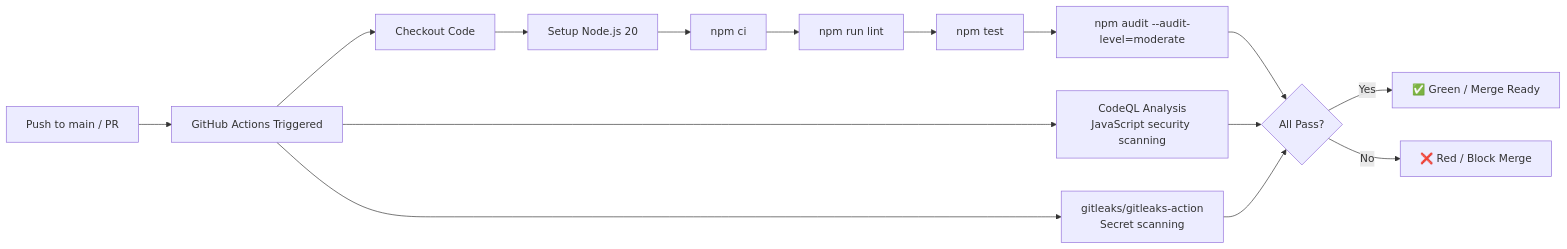
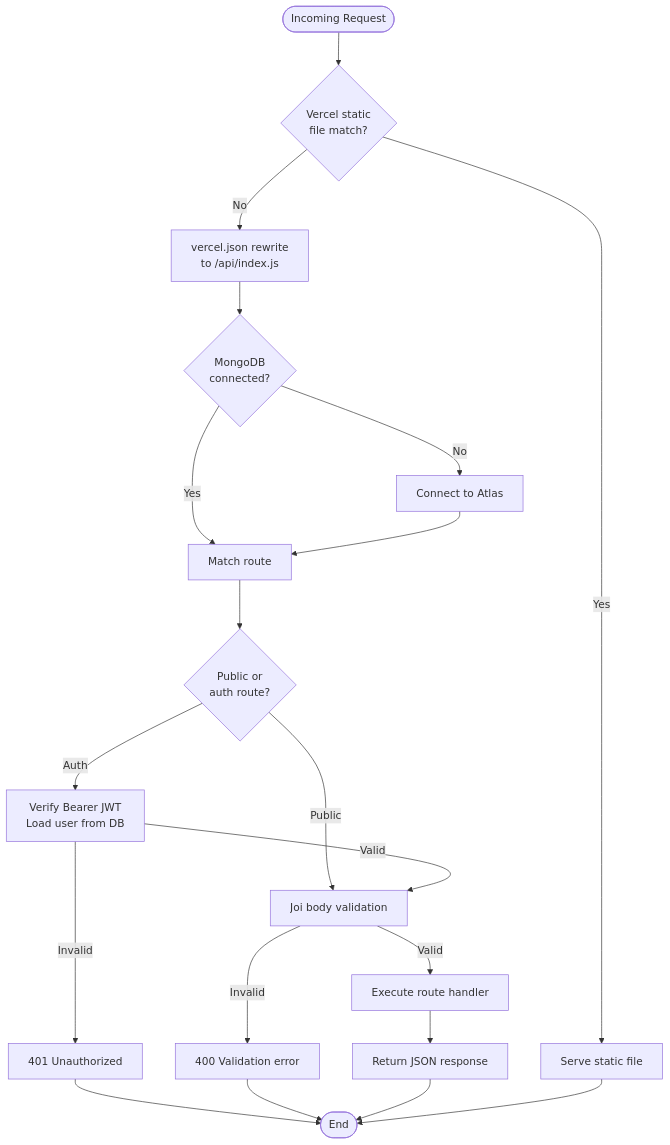
The fourth of 4 diagrams in README.md (Colin-Stark/personal_budget), drawn with Mermaid before and after one commit. The commit also changed other lines of this file, not shown here.

First line of the commit message:
Revise README for Personal Budget API

````diff
--- a/README.md
+++ b/README.md
@@ -756,22 +197,22 @@
 ```mermaid
-graph LR
-    A[Push to main / PR] --> B[GitHub Actions Triggered]
-
-    B --> C[Checkout Code]
-    C --> D[Setup Node.js 20]
-    D --> E[npm ci]
-    E --> F[npm run lint]
-    F --> G[npm test]
-    G --> H[npm audit --audit-level=moderate]
-
-    B --> I[CodeQL Analysis<br/>JavaScript security scanning]
-
-    B --> J[gitleaks/gitleaks-action<br/>Secret scanning]
-
-    H --> K{All Pass?}
-    K -->|Yes| L[✅ Green / Merge Ready]
-    K -->|No| M[❌ Red / Block Merge]
-
-    I --> K
-    J --> K
+flowchart TD
+    Start([Incoming Request]) --> StaticCheck{Vercel static<br/>file match?}
+    StaticCheck -->|Yes| ServeStatic[Serve static file]
+    StaticCheck -->|No| Rewrite[vercel.json rewrite<br/>to /api/index.js]
+    Rewrite --> MongoCheck{MongoDB<br/>connected?}
+    MongoCheck -->|No| ConnectMongo[Connect to Atlas]
+    MongoCheck -->|Yes| RouteMatch[Match route]
+    ConnectMongo --> RouteMatch
+    RouteMatch --> PublicRoute{Public or<br/>auth route?}
+    PublicRoute -->|Public| ValidateBody[Joi body validation]
+    PublicRoute -->|Auth| CheckAuth[Verify Bearer JWT<br/>Load user from DB]
+    CheckAuth -->|Invalid| Return401[401 Unauthorized]
+    CheckAuth -->|Valid| ValidateBody
+    ValidateBody -->|Invalid| Return400[400 Validation error]
+    ValidateBody -->|Valid| ExecuteHandler[Execute route handler]
+    ExecuteHandler --> ReturnResp[Return JSON response]
+    Return401 --> End([End])
+    Return400 --> End
+    ReturnResp --> End
+    ServeStatic --> End
 ```
````
